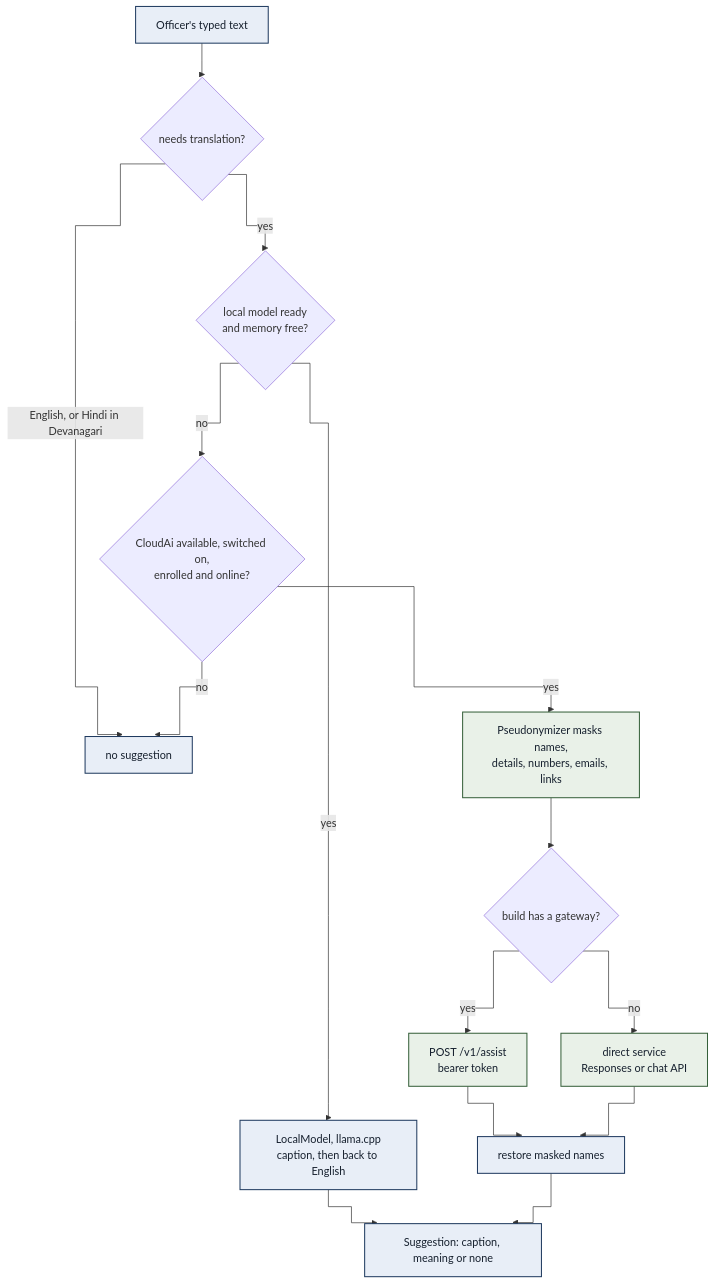
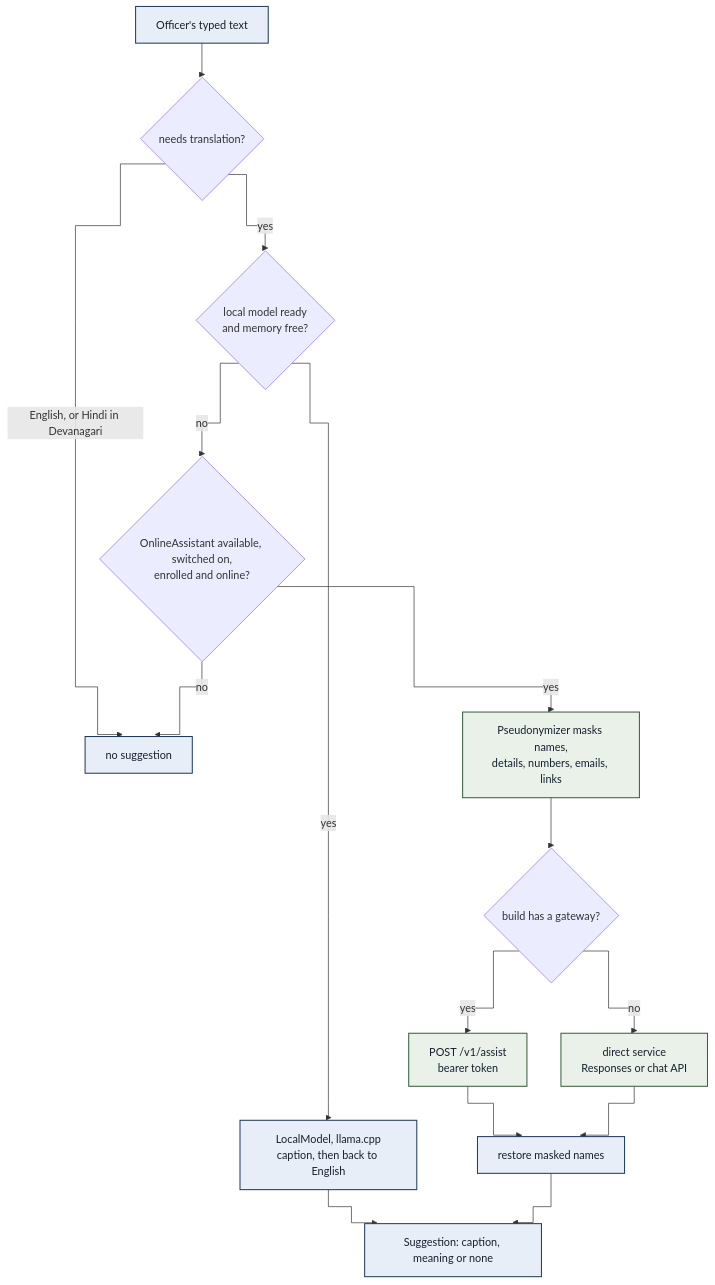
Before and after one commit to CiValidator/SScivalidator: diagram 15 of 16 in docs/02-architecture.md, drawn with Mermaid. The commit also changed other lines of this file and 44 other files, not shown here.

````diff
--- a/docs/02-architecture.md
+++ b/docs/02-architecture.md
@@ -490,20 +490,20 @@
 ```mermaid
 %%{init: {"flowchart": {"curve": "step"}}}%%
 flowchart TB
     T["Officer's typed text"]:::comp --> N{"needs translation?"}
     N -- "English, or Hindi in Devanagari" --> X["no suggestion"]:::comp
     N -- "yes" --> L{"local model ready<br/>and memory free?"}
     L -- "yes" --> LM["LocalModel, llama.cpp<br/>caption, then back to English"]:::comp
-    L -- "no" --> C{"CloudAi available, switched on,<br/>enrolled and online?"}
+    L -- "no" --> C{"OnlineAssistant available, switched on,<br/>enrolled and online?"}
     C -- "no" --> X
     C -- "yes" --> MK["Pseudonymizer masks names,<br/>details, numbers, emails, links"]:::sec
     MK --> GW{"build has a gateway?"}
     GW -- "yes" --> G["POST /v1/assist<br/>bearer token"]:::sec
     GW -- "no" --> D["direct service<br/>Responses or chat API"]:::sec
     G --> RS["restore masked names"]:::comp
     D --> RS
     LM --> SG["Suggestion: caption, meaning or none"]:::comp
     RS --> SG
     classDef comp fill:#e8eef7,stroke:#1f3a5f,stroke-width:1.5px,color:#16202e
     classDef sec fill:#e9f1e8,stroke:#35603a,stroke-width:1.5px,color:#16202e
 ```
````
